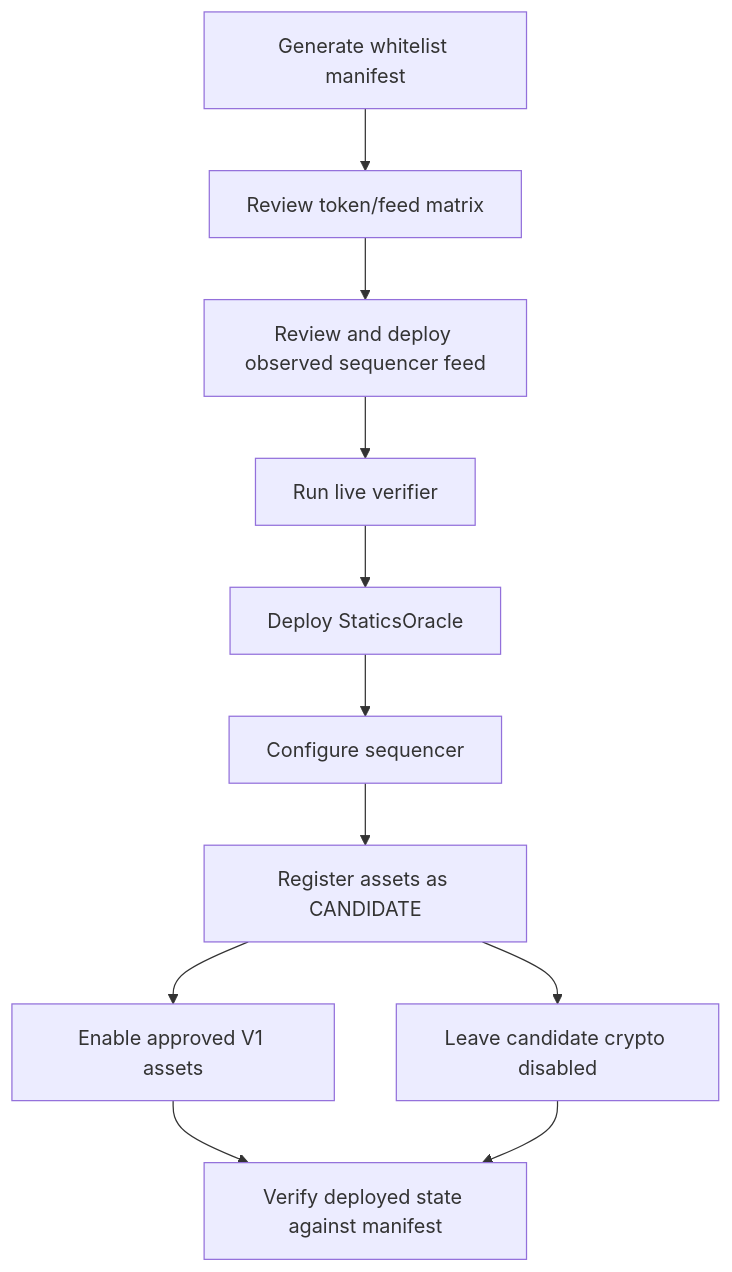
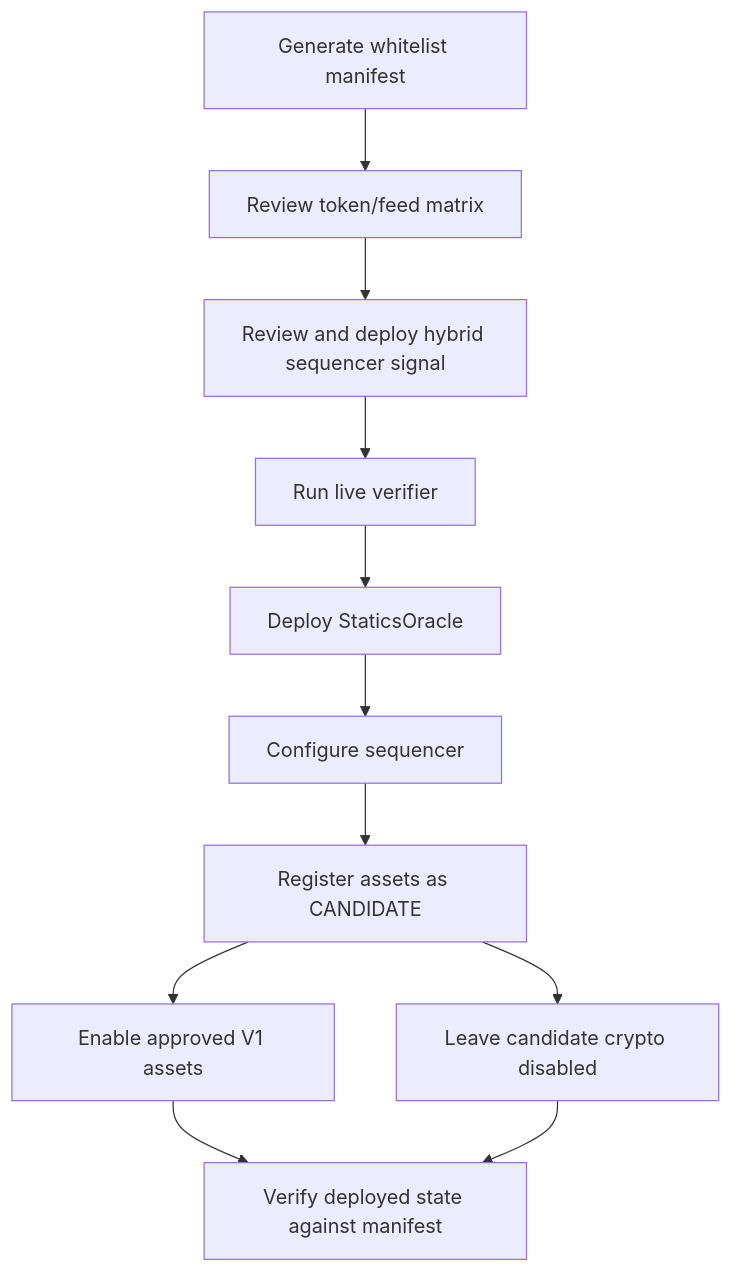
One commit to EqualFiLabs/statics-oracle changed the fourth of 4 diagrams in specs/design.md. Above: the diagram before and after it, drawn with Mermaid. The commit also changed other lines of this file and 7 other files, not shown here.

Commit message:
spec: define hybrid sequencer availability

````diff
--- a/specs/design.md
+++ b/specs/design.md
@@ -1251,24 +1262,24 @@
 ```mermaid
 flowchart TD
     A[Generate whitelist manifest]
     B[Review token/feed matrix]
-    C[Review and deploy observed sequencer feed]
+    C[Review and deploy hybrid sequencer signal]
     D[Run live verifier]
     E[Deploy StaticsOracle]
     F[Configure sequencer]
     G[Register assets as CANDIDATE]
     H[Enable approved V1 assets]
     I[Leave candidate crypto disabled]
     J[Verify deployed state against manifest]
 
     A --> B
     B --> C
     C --> D
     D --> E
     E --> F
     F --> G
     G --> H
     G --> I
     H --> J
     I --> J
 ```
````
